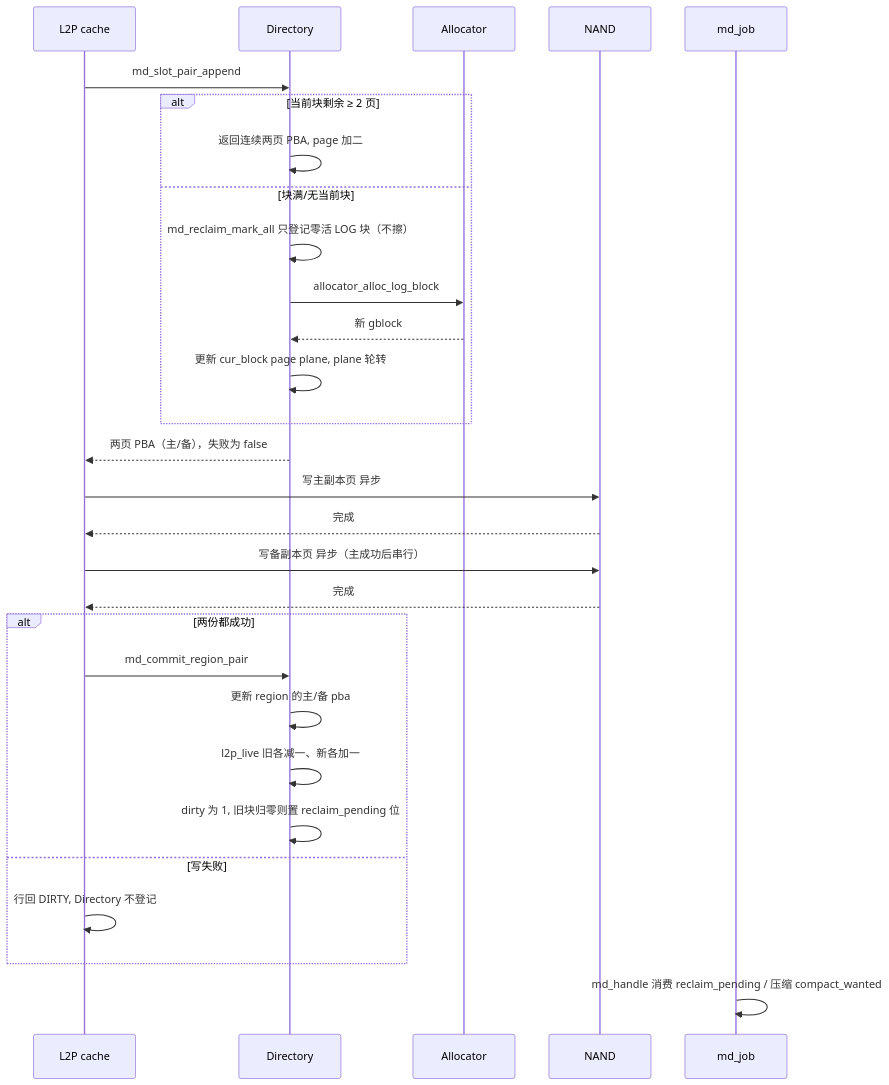
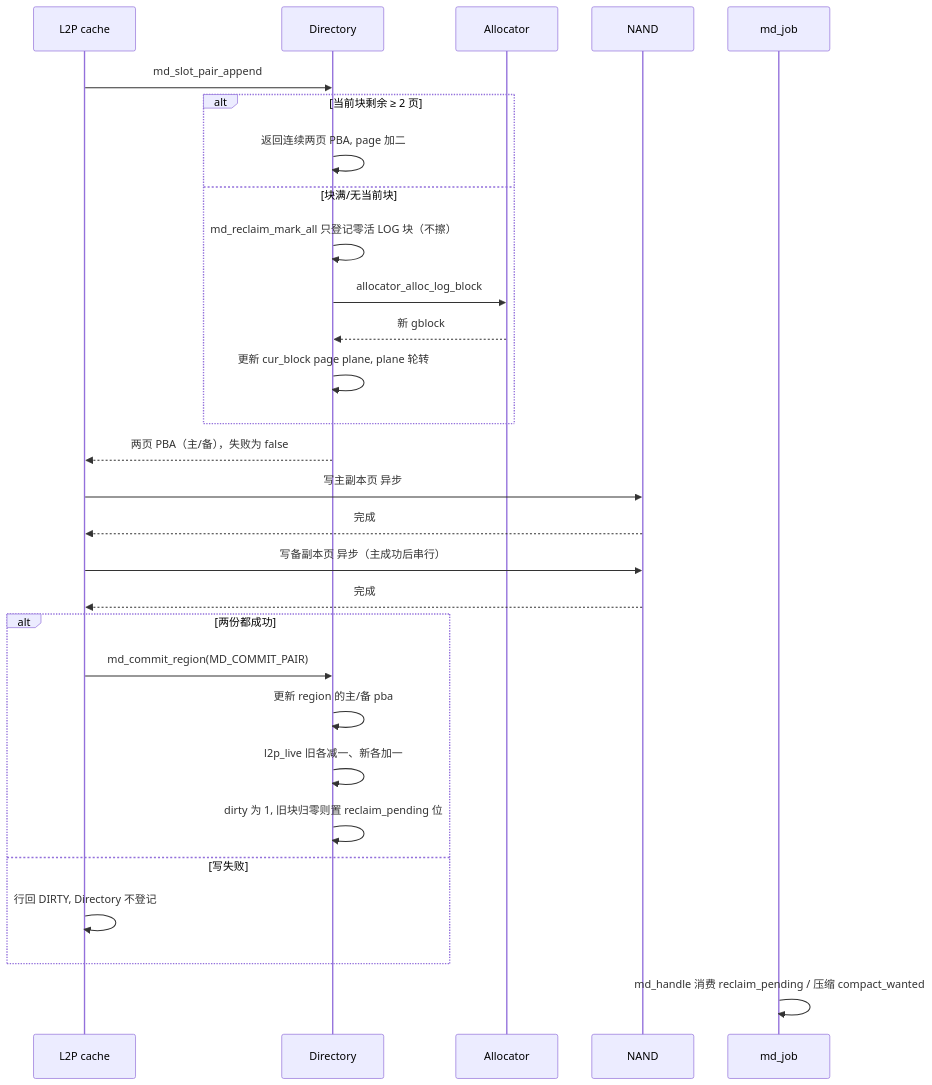
One commit to YzYMIAO/BASESSD changed diagram 11 of 32 in docs/design/ftl_design.md. Above: the diagram before and after it, drawn with Mermaid. The commit also changed other lines of this file and 6 other files, not shown here.

````diff
--- a/docs/design/ftl_design.md
+++ b/docs/design/ftl_design.md
@@ -1894,32 +1894,32 @@
 ```mermaid
 sequenceDiagram
     participant C as L2P cache
     participant D as Directory
     participant A as Allocator
     participant N as NAND
     participant J as md_job
 
     C->>D: md_slot_pair_append
     alt 当前块剩余 ≥ 2 页
         D->>D: 返回连续两页 PBA, page 加二
     else 块满/无当前块
         D->>D: md_reclaim_mark_all 只登记零活 LOG 块（不擦）
         D->>A: allocator_alloc_log_block
         A-->>D: 新 gblock
         D->>D: 更新 cur_block page plane, plane 轮转
     end
     D-->>C: 两页 PBA（主/备），失败为 false
     C->>N: 写主副本页 异步
     N-->>C: 完成
     C->>N: 写备副本页 异步（主成功后串行）
     N-->>C: 完成
     alt 两份都成功
-        C->>D: md_commit_region_pair
+        C->>D: md_commit_region(MD_COMMIT_PAIR)
         D->>D: 更新 region 的主/备 pba
         D->>D: l2p_live 旧各减一、新各加一
         D->>D: dirty 为 1, 旧块归零则置 reclaim_pending 位
     else 写失败
         C->>C: 行回 DIRTY, Directory 不登记
     end
     J->>J: md_handle 消费 reclaim_pending / 压缩 compact_wanted
 ```
````
